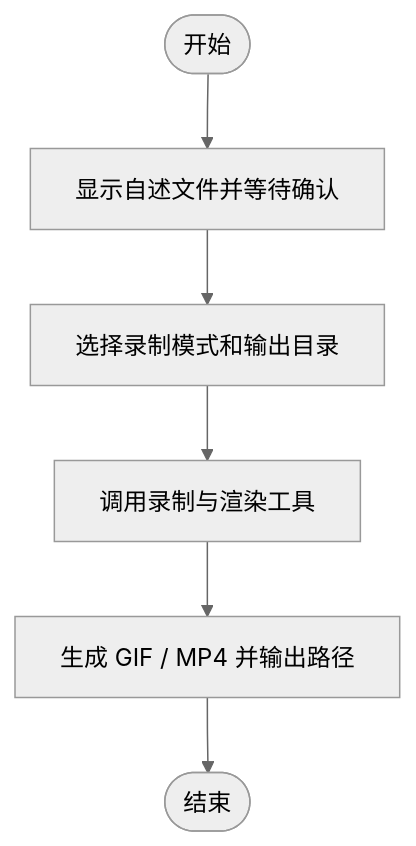
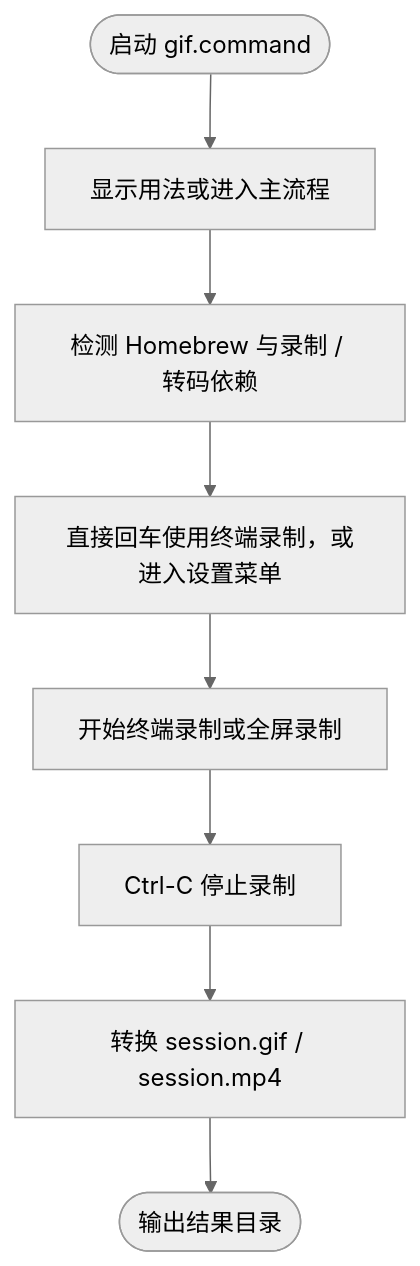
The diagram in scripts/gif.command/README.md (JobsKits/JobsMacEnvVarConfig), drawn with Mermaid (neutral theme) before and after one commit. The commit also changed other lines of this file and 35 other files, not shown here.

````diff
--- a/scripts/gif.command/README.md
+++ b/scripts/gif.command/README.md
@@ -40,8 +38,18 @@
 ```mermaid
-graph TD
-    A([开始]) --> B[显示自述文件并等待确认]
-    B --> C[选择录制模式和输出目录]
-    C --> D[调用录制与渲染工具]
-    D --> E[生成 GIF / MP4 并输出路径]
-    E --> Z([结束])
+flowchart TD
+    A([启动 gif.command])
+    B[显示用法或进入主流程]
+    A --> B
+    C[检测 Homebrew 与录制 / 转码依赖]
+    B --> C
+    D[直接回车使用终端录制，或进入设置菜单]
+    C --> D
+    E[开始终端录制或全屏录制]
+    D --> E
+    F[Ctrl-C 停止录制]
+    E --> F
+    G[转换 session.gif / session.mp4]
+    F --> G
+    H([输出结果目录])
+    G --> H
 ```
````
